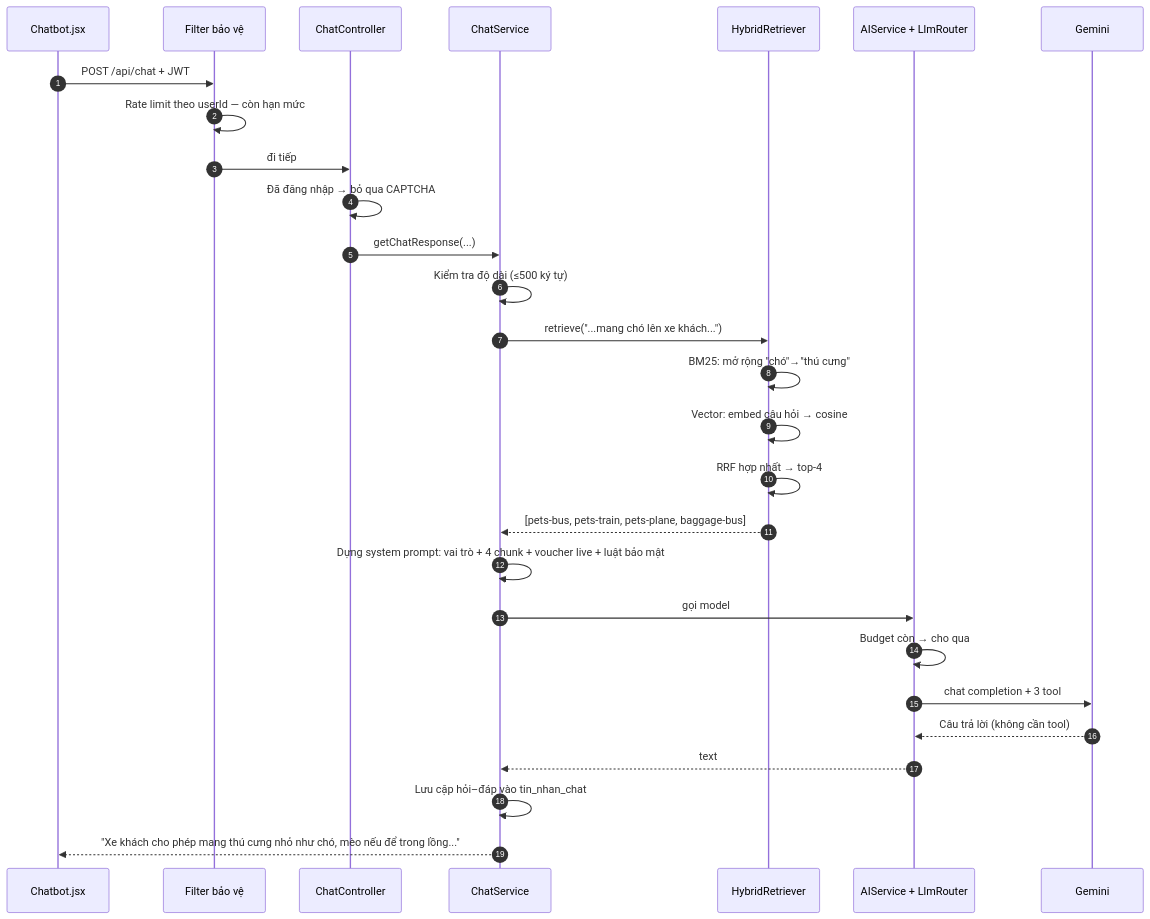
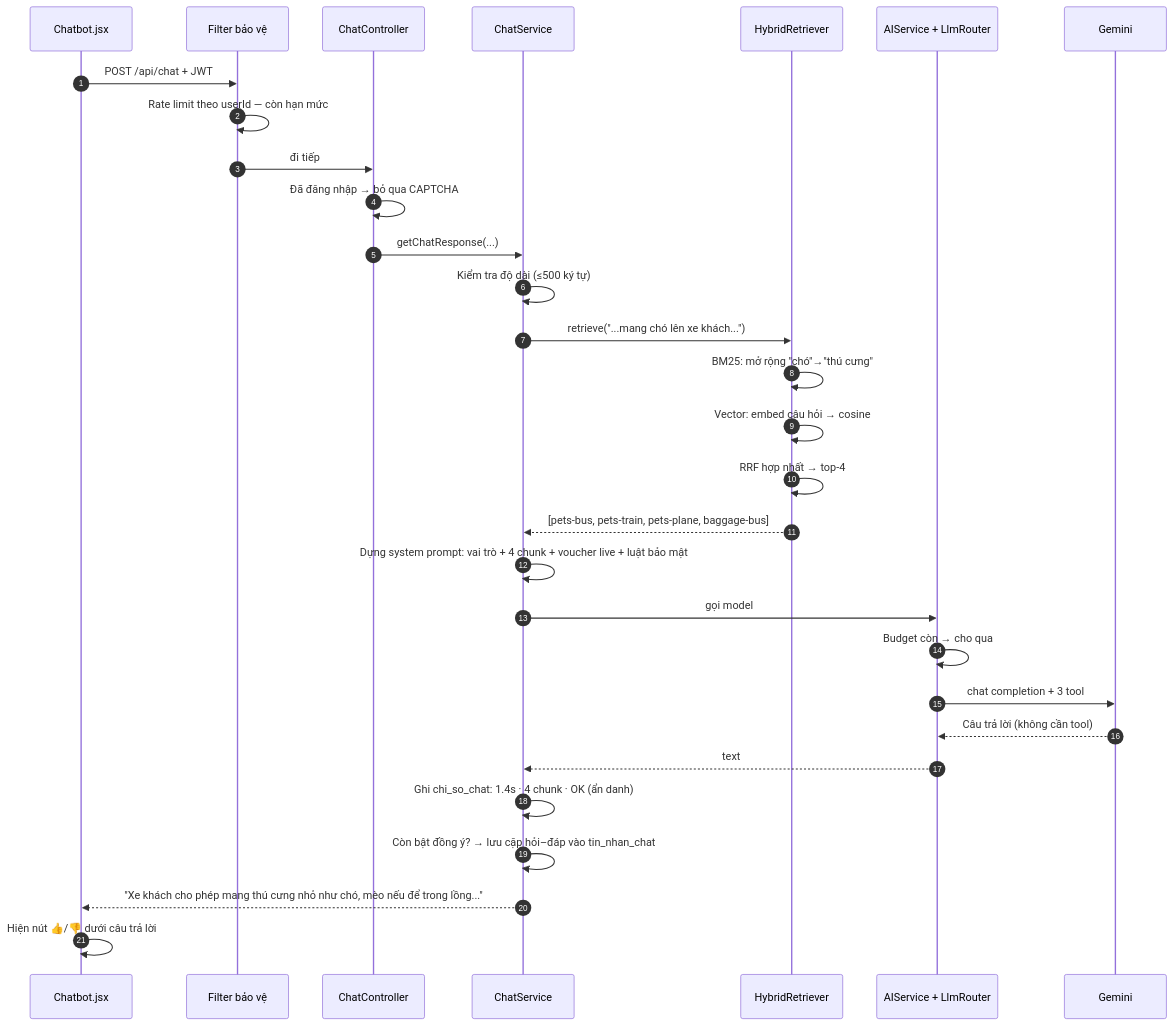
One commit to CaoDuyTung86/VigoTrip changed the eighth of 8 diagrams in docs/CHATBOT_AI.md. Above: the diagram before and after it, drawn with Mermaid. The commit also changed other lines of this file and 4 other files, not shown here.

````diff
--- a/docs/CHATBOT_AI.md
+++ b/docs/CHATBOT_AI.md
@@ -1099,31 +1276,33 @@
 ```mermaid
 sequenceDiagram
     autonumber
     participant U as Chatbot.jsx
     participant F as Filter bảo vệ
     participant C as ChatController
     participant S as ChatService
     participant H as HybridRetriever
     participant A as AIService + LlmRouter
     participant M as Gemini
 
     U->>F: POST /api/chat + JWT
     F->>F: Rate limit theo userId — còn hạn mức
     F->>C: đi tiếp
     C->>C: Đã đăng nhập → bỏ qua CAPTCHA
     C->>S: getChatResponse(...)
     S->>S: Kiểm tra độ dài (≤500 ký tự)
     S->>H: retrieve("...mang chó lên xe khách...")
     H->>H: BM25: mở rộng "chó"→"thú cưng"
     H->>H: Vector: embed câu hỏi → cosine
     H->>H: RRF hợp nhất → top-4
     H-->>S: [pets-bus, pets-train, pets-plane, baggage-bus]
     S->>S: Dựng system prompt: vai trò + 4 chunk + voucher live + luật bảo mật
     S->>A: gọi model
     A->>A: Budget còn → cho qua
     A->>M: chat completion + 3 tool
     M-->>A: Câu trả lời (không cần tool)
     A-->>S: text
-    S->>S: Lưu cặp hỏi–đáp vào tin_nhan_chat
+    S->>S: Ghi chi_so_chat: 1.4s · 4 chunk · OK (ẩn danh)
+    S->>S: Còn bật đồng ý? → lưu cặp hỏi–đáp vào tin_nhan_chat
     S-->>U: "Xe khách cho phép mang thú cưng nhỏ như chó, mèo nếu để trong lồng..."
+    U->>U: Hiện nút 👍/👎 dưới câu trả lời
 ```
````
